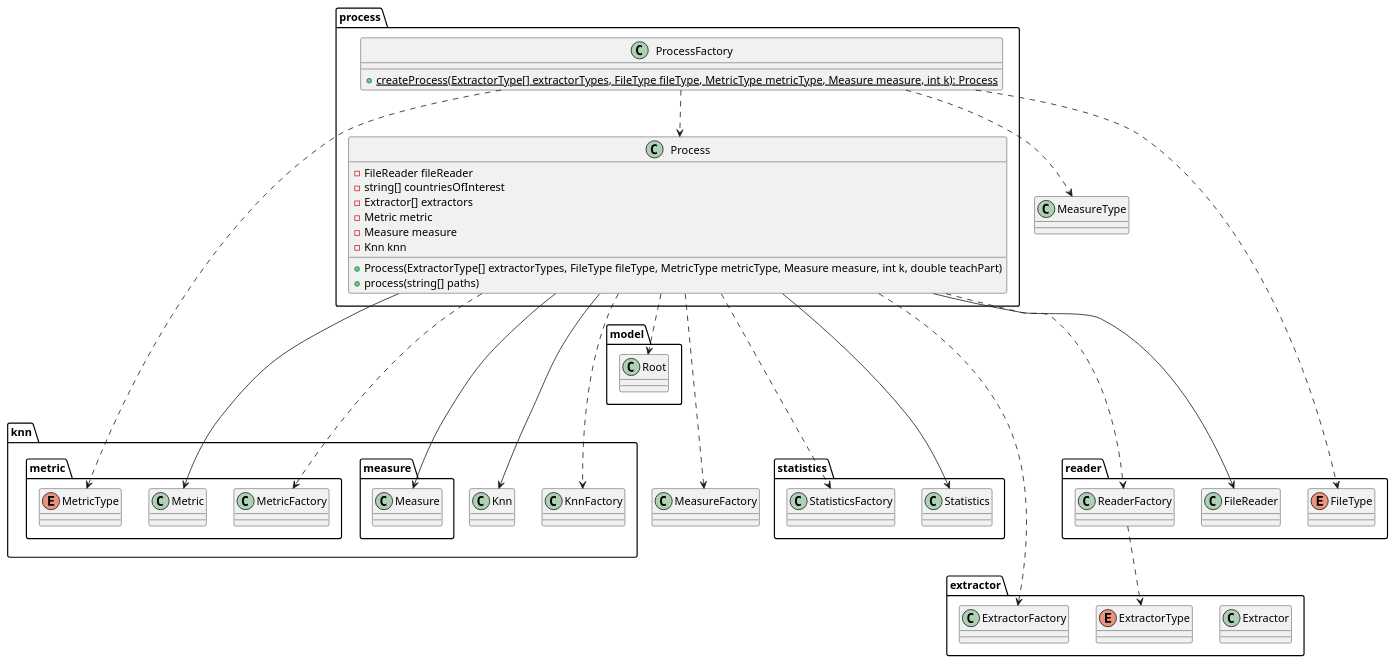
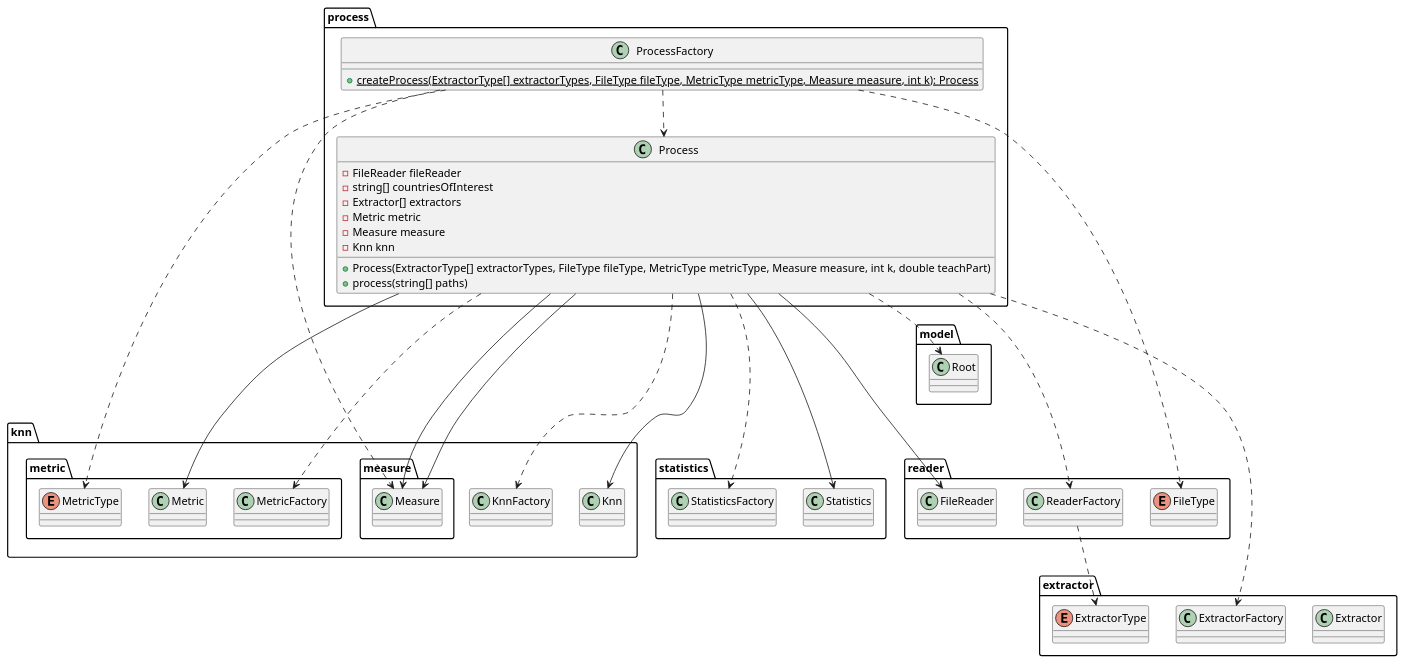
One commit to kambed/Computer-Recognition-Systems changed the ninth of 10 diagrams in README.md. Above: the diagram before and after it, drawn with PlantUML.

Commit message:
Process diagram fixes

````diff
--- a/README.md
+++ b/README.md
@@ -349,63 +349,63 @@
 ```plantuml
 package process {
     class Process {
         - FileReader fileReader
         - string[] countriesOfInterest
         - Extractor[] extractors
         - Metric metric
         - Measure measure
         - Knn knn
         + Process(ExtractorType[] extractorTypes, FileType fileType, MetricType metricType, Measure measure, int k, double teachPart)
         + process(string[] paths)
     }
     class ProcessFactory {
         + {static} createProcess(ExtractorType[] extractorTypes, FileType fileType, MetricType metricType, Measure measure, int k): Process
     }
 }
 package reader {
     class FileReader
     class ReaderFactory
     enum FileType
 }
 package extractor {
     class Extractor
     class ExtractorFactory
     enum ExtractorType
 }
 package knn {
     class Knn
     class KnnFactory
     package metric {
         class Metric
         class MetricFactory
         enum MetricType
     }
     package measure {
         class Measure
     }
 }
 package model {
     class Root
 }
 package statistics {
     class Statistics
     class StatisticsFactory
 }
 Process ...> ReaderFactory
 Process ...> ExtractorFactory
 Process ...> MetricFactory
-Process ...> MeasureFactory
 Process ...> KnnFactory
 Process ...> StatisticsFactory
 Process --> FileReader
 Process --> Metric
 Process --> Measure
 Process --> Statistics
 Process --> Knn
 Process ..> Root
+Process --> Measure
+ProcessFactory ..> Measure
 ProcessFactory ..> Process
 ProcessFactory ..> FileType
 ProcessFactory ..> MetricType
-ProcessFactory ..> MeasureType
 ReaderFactory ..> ExtractorType
 ```
````
